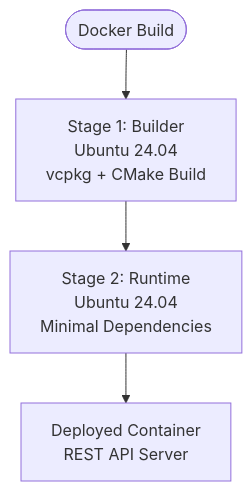
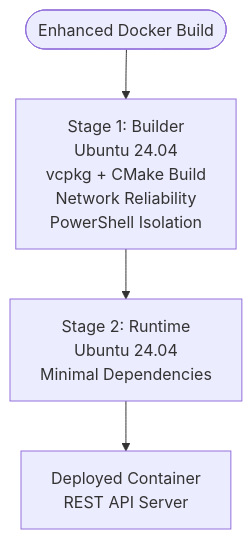
One commit to hsmbanlance/HsBaSlicer changed the eighth of 9 diagrams in .qoder/repowiki/en/content/Deployment Troubleshooting & FAQ.md. Above: the diagram before and after it, drawn with Mermaid. The commit also changed other lines of this file and 66 other files, not shown here.

````diff
--- a/.qoder/repowiki/en/content/Deployment Troubleshooting & FAQ.md
+++ b/.qoder/repowiki/en/content/Deployment Troubleshooting & FAQ.md
@@ -313,6 +318,6 @@
 ```mermaid
 flowchart TD
-DStart(["Docker Build"]) --> Builder["Stage 1: Builder<br/>Ubuntu 24.04<br/>vcpkg + CMake Build"]
+DStart(["Enhanced Docker Build"]) --> Builder["Stage 1: Builder<br/>Ubuntu 24.04<br/>vcpkg + CMake Build<br/>Network Reliability<br/>PowerShell Isolation"]
 Builder --> Runtime["Stage 2: Runtime<br/>Ubuntu 24.04<br/>Minimal Dependencies"]
 Runtime --> Deploy["Deployed Container<br/>REST API Server"]
 ```
````
